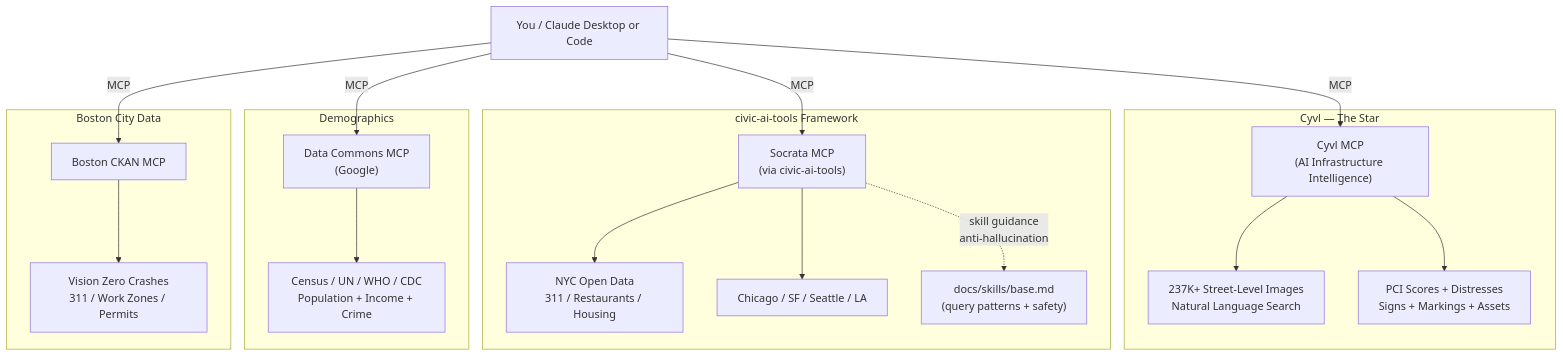
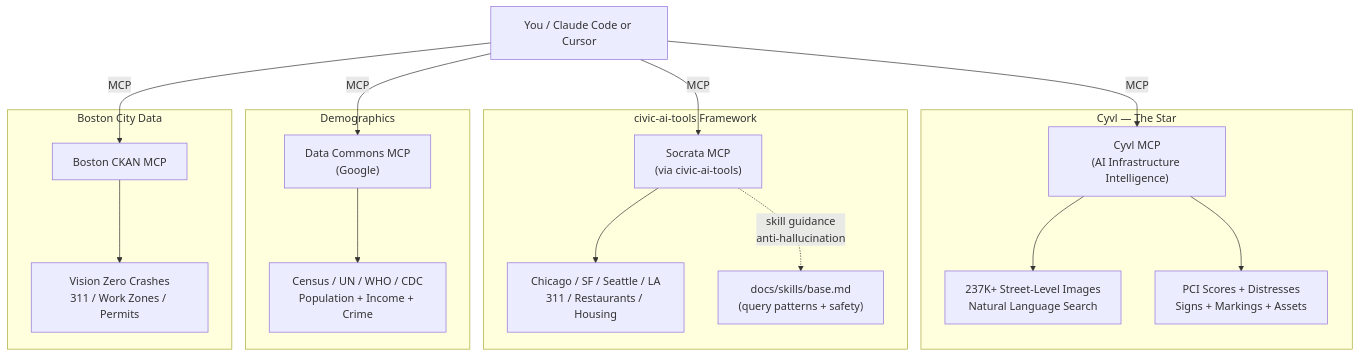
One commit to roadgnar/mcp-demo changed the diagram in README.md. Above: the diagram before and after it, drawn with Mermaid. The commit also changed other lines of this file and 5 other files, not shown here.

First line of the commit message:
Remove Claude Desktop/Cowork references, make Claude Code primary

````diff
--- a/README.md
+++ b/README.md
@@ -34,28 +34,27 @@
 ```mermaid
 graph TD
-    User[You / Claude Desktop or Code]
+    User[You / Claude Code or Cursor]
 
     User -->|MCP| Cyvl["Cyvl MCP\n(AI Infrastructure Intelligence)"]
     User -->|MCP| Socrata["Socrata MCP\n(via civic-ai-tools)"]
     User -->|MCP| DC["Data Commons MCP\n(Google)"]
     User -->|MCP| Boston["Boston CKAN MCP"]
 
     subgraph "Cyvl — The Star"
         Cyvl --> Images["237K+ Street-Level Images\nNatural Language Search"]
         Cyvl --> Pavement["PCI Scores + Distresses\nSigns + Markings + Assets"]
     end
 
     subgraph "civic-ai-tools Framework"
-        Socrata --> NYC["NYC Open Data\n311 / Restaurants / Housing"]
-        Socrata --> Multi["Chicago / SF / Seattle / LA"]
+        Socrata --> Multi["Chicago / SF / Seattle / LA\n311 / Restaurants / Housing"]
         Socrata -.->|"skill guidance\nanti-hallucination"| Skills["docs/skills/base.md\n(query patterns + safety)"]
     end
 
     subgraph "Demographics"
         DC --> Census["Census / UN / WHO / CDC\nPopulation + Income + Crime"]
     end
 
     subgraph "Boston City Data"
         Boston --> BostonData["Vision Zero Crashes\n311 / Work Zones / Permits"]
     end
 ```
````
